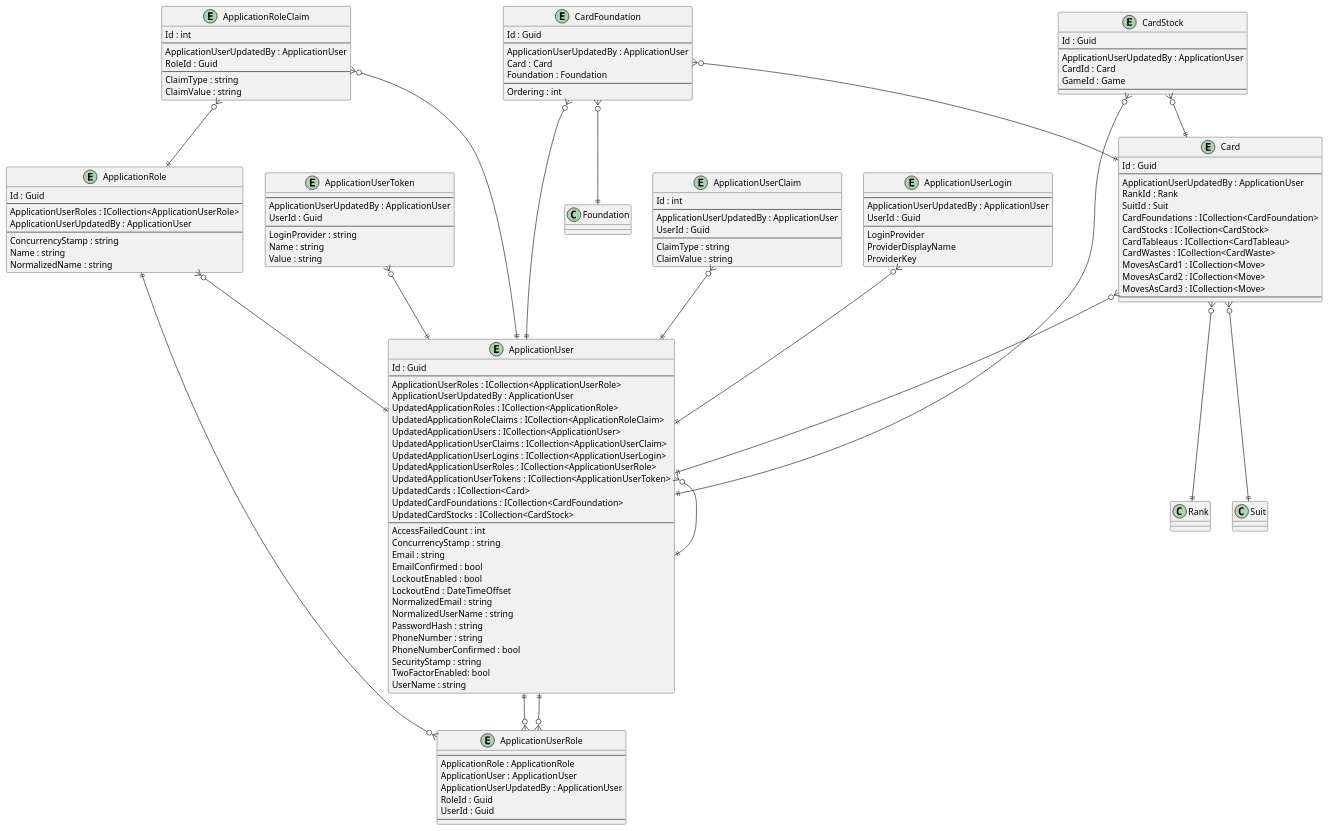
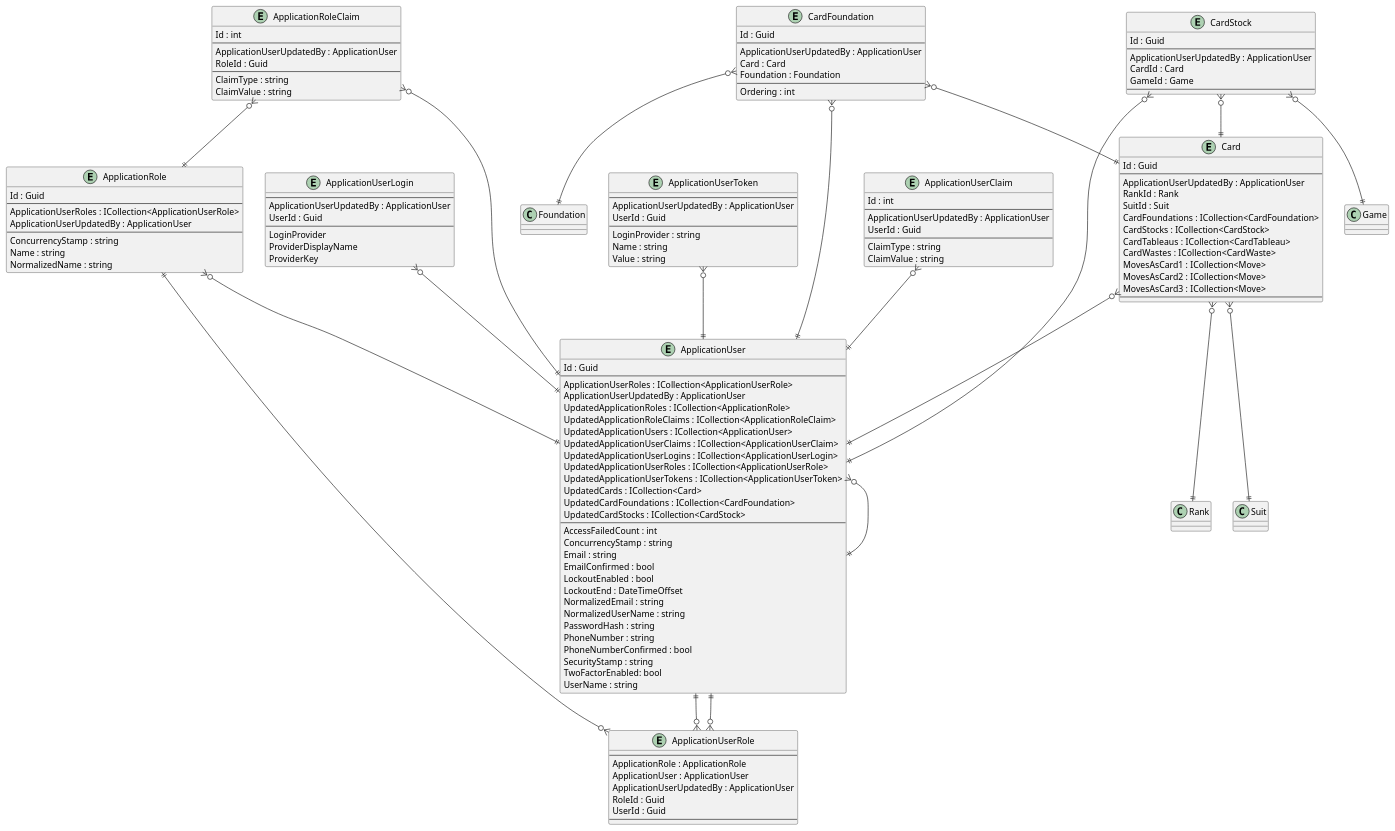
The diagram in .docs/Intrepion.KlondikeSolitaire.pu (intrepion/intrepion_klondike-solitaire_csharp), drawn with PlantUML before and after one commit.

```diff
--- a/.docs/Intrepion.KlondikeSolitaire.pu
+++ b/.docs/Intrepion.KlondikeSolitaire.pu
@@ -1,161 +1,162 @@
 @startuml
 
 entity ApplicationRole {
     Id : Guid
     --
     ApplicationUserRoles : ICollection<ApplicationUserRole>
     ApplicationUserUpdatedBy : ApplicationUser
     --
     ConcurrencyStamp : string
     Name : string
     NormalizedName : string
 }
 
 entity ApplicationRoleClaim {
     Id : int
     --
     ApplicationUserUpdatedBy : ApplicationUser
     RoleId : Guid
     --
     ClaimType : string
     ClaimValue : string
 }
 
 entity ApplicationUser {
     Id : Guid
     --
     ApplicationUserRoles : ICollection<ApplicationUserRole>
     ApplicationUserUpdatedBy : ApplicationUser
     UpdatedApplicationRoles : ICollection<ApplicationRole>
     UpdatedApplicationRoleClaims : ICollection<ApplicationRoleClaim>
     UpdatedApplicationUsers : ICollection<ApplicationUser>
     UpdatedApplicationUserClaims : ICollection<ApplicationUserClaim>
     UpdatedApplicationUserLogins : ICollection<ApplicationUserLogin>
     UpdatedApplicationUserRoles : ICollection<ApplicationUserRole>
     UpdatedApplicationUserTokens : ICollection<ApplicationUserToken>
     UpdatedCards : ICollection<Card>
     UpdatedCardFoundations : ICollection<CardFoundation>
     UpdatedCardStocks : ICollection<CardStock>
     ' ApplicationUserKeyCodePlaceholder
     --
     AccessFailedCount : int
     ConcurrencyStamp : string
     Email : string
     EmailConfirmed : bool
     LockoutEnabled : bool
     LockoutEnd : DateTimeOffset
     NormalizedEmail : string
     NormalizedUserName : string
     PasswordHash : string
     PhoneNumber : string
     PhoneNumberConfirmed : bool
     SecurityStamp : string
     TwoFactorEnabled: bool
     UserName : string
 }
 
 entity ApplicationUserClaim {
     Id : int
     --
     ApplicationUserUpdatedBy : ApplicationUser
     UserId : Guid
     --
     ClaimType : string
     ClaimValue : string
 }
 
 entity ApplicationUserLogin {
     --
     ApplicationUserUpdatedBy : ApplicationUser
     UserId : Guid
     --
     LoginProvider
     ProviderDisplayName
     ProviderKey
 }
 
 entity ApplicationUserRole {
     --
     ApplicationRole : ApplicationRole
     ApplicationUser : ApplicationUser
     ApplicationUserUpdatedBy : ApplicationUser
     RoleId : Guid
     UserId : Guid
     --
 }
 
 entity ApplicationUserToken {
     --
     ApplicationUserUpdatedBy : ApplicationUser
     UserId : Guid
     --
     LoginProvider : string
     Name : string
     Value : string
 }
 
 entity Card {
     Id : Guid
     --
     ApplicationUserUpdatedBy : ApplicationUser
     RankId : Rank
     SuitId : Suit
     CardFoundations : ICollection<CardFoundation>
     CardStocks : ICollection<CardStock>
     CardTableaus : ICollection<CardTableau>
     CardWastes : ICollection<CardWaste>
     MovesAsCard1 : ICollection<Move>
     MovesAsCard2 : ICollection<Move>
     MovesAsCard3 : ICollection<Move>
     ' CardKeyCodePlaceholder
     --
     ' CardPropertyCodePlaceholder
 }
 
 entity CardFoundation {
     Id : Guid
     --
     ApplicationUserUpdatedBy : ApplicationUser
     Card : Card
     Foundation : Foundation
     ' CardFoundationKeyCodePlaceholder
     --
     Ordering : int
     ' CardFoundationPropertyCodePlaceholder
 }
 
 entity CardStock {
     Id : Guid
     --
     ApplicationUserUpdatedBy : ApplicationUser
     CardId : Card
     GameId : Game
     ' CardStockKeyCodePlaceholder
     --
     ' CardStockPropertyCodePlaceholder
 }
 
 ' EntityCodePlaceholder
 
 ApplicationRole ||--o{ ApplicationUserRole
 ApplicationRole }o--|| ApplicationUser
 ApplicationRoleClaim }o--|| ApplicationRole
 ApplicationRoleClaim }o--|| ApplicationUser
 ApplicationUser }o--|| ApplicationUser
 ApplicationUser ||--o{ ApplicationUserRole
 ApplicationUserClaim }o--|| ApplicationUser
 ApplicationUserLogin }o--|| ApplicationUser
 ApplicationUserRole }o--|| ApplicationUser
 ApplicationUserToken }o--|| ApplicationUser
 
 Card }o--|| ApplicationUser
 Card }o--|| Rank
 Card }o--|| Suit
 CardFoundation }o--|| ApplicationUser
 CardFoundation }o--|| Card
 CardFoundation }o--|| Foundation
 CardStock }o--|| ApplicationUser
 CardStock }o--|| Card
+CardStock }o--|| Game
 ' RelationshipCodePlaceholder
 
 @enduml
```
